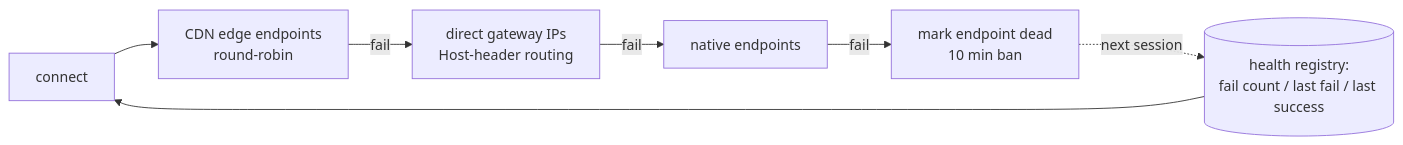
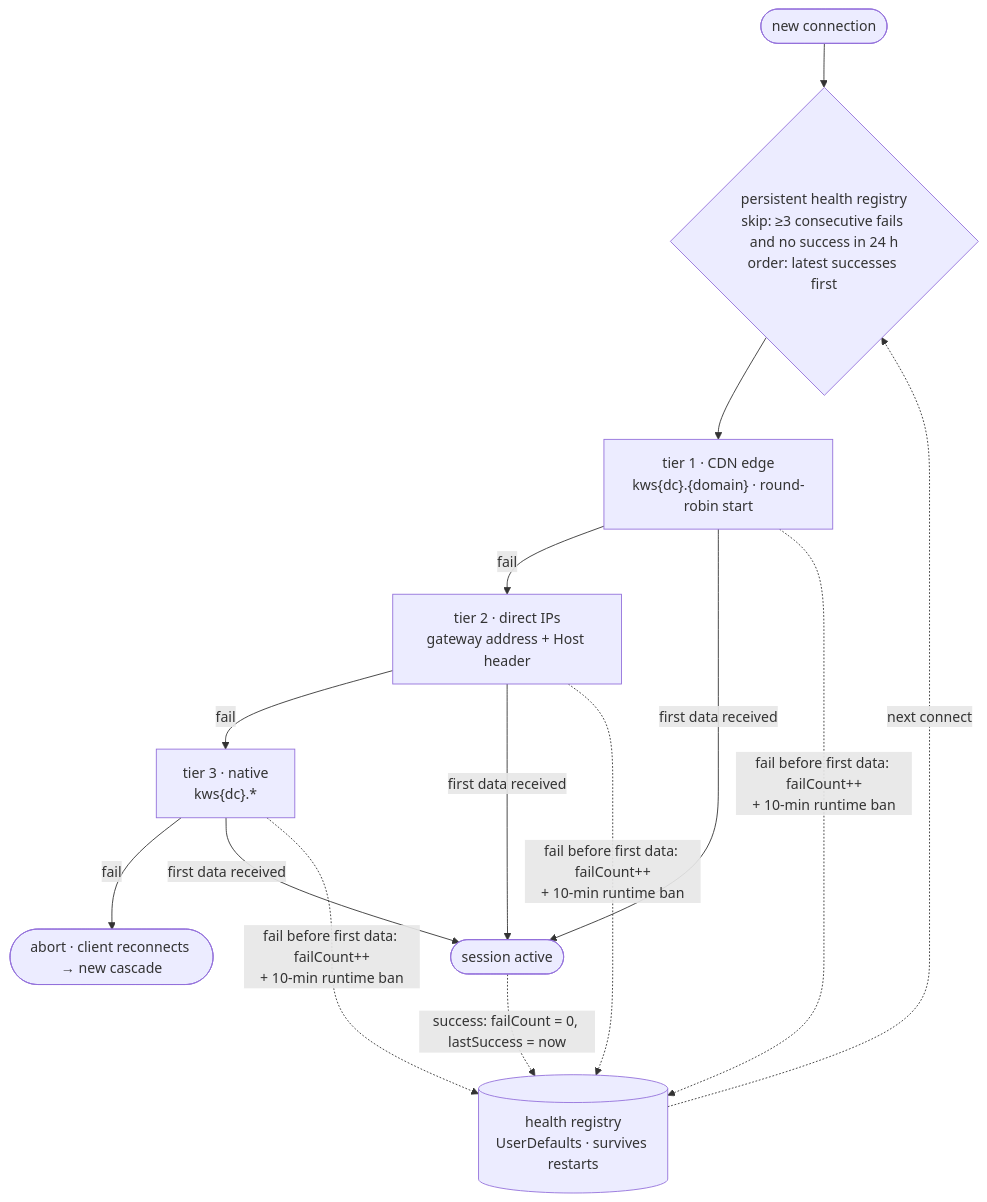
One commit to l1ratch/WSBridge-iOS changed the second of 2 diagrams in README.md. Above: the diagram before and after it, drawn with Mermaid. The commit also changed other lines of this file and 1 other file, not shown here.

Commit message:
docs: replace ASCII/crude diagrams with proper mermaid flowcharts (en+ru)

````diff
--- a/README.md
+++ b/README.md
@@ -33,9 +33,12 @@
 ```mermaid
-graph LR
-    A[connect] --> B[CDN edge endpoints<br/>round-robin]
-    B -->|fail| C[direct gateway IPs<br/>Host-header routing]
-    C -->|fail| D[native endpoints]
-    D -->|fail| E[mark endpoint dead<br/>10 min ban]
-    E -.next session.-> R[(health registry:<br/>fail count / last fail / last success)]
-    R --> A
+flowchart TD
+    A(["new connection"]) --> B{"persistent health registry<br/>skip: ≥3 consecutive fails and no success in 24 h<br/>order: latest successes first"}
+    B --> T1["tier 1 · CDN edge<br/>kws{dc}.{domain} · round-robin start"]
+    T1 -->|fail| T2["tier 2 · direct IPs<br/>gateway address + Host header"]
+    T2 -->|fail| T3["tier 3 · native<br/>kws{dc}.*"]
+    T3 -->|fail| X(["abort · client reconnects → new cascade"])
+    T1 & T2 & T3 -->|first data received| OK(["session active"])
+    OK -.->|"success: failCount = 0, lastSuccess = now"| R[("health registry<br/>UserDefaults · survives restarts")]
+    T1 & T2 & T3 -.->|"fail before first data: failCount++<br/>+ 10-min runtime ban"| R
+    R -.->|next connect| B
 ```
````
